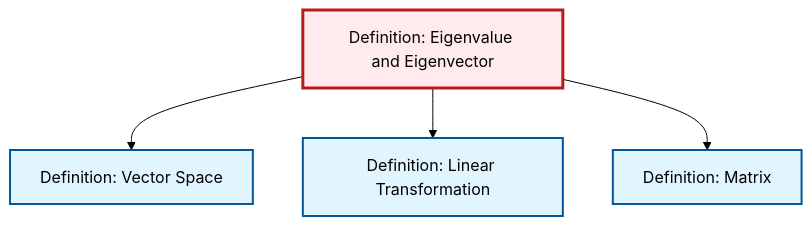
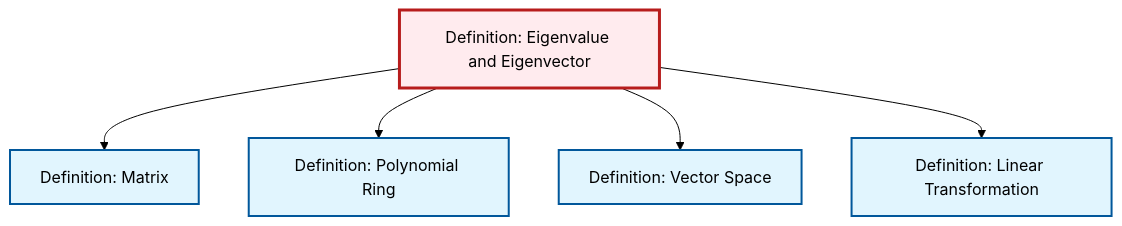
Before and after one commit to RK0429/ModernMath: the diagram in content/en/algebra/def-eigenvalue-eigenvector.qmd, drawn with Mermaid (forest theme). The commit also changed other lines of this file and 434 other files, not shown here.

First line of the commit message:
feat: Add polynomial ring definition with comprehensive cross-references

````diff
--- a/content/en/algebra/def-eigenvalue-eigenvector.qmd
+++ b/content/en/algebra/def-eigenvalue-eigenvector.qmd
@@ -72,20 +73,23 @@
 ```{mermaid}
 %%| fig-cap: "Local dependency graph"
 graph TD
     classDef definition fill:#e1f5fe,stroke:#01579b,stroke-width:2px
     classDef theorem fill:#f3e5f5,stroke:#4a148c,stroke-width:2px
     classDef axiom fill:#fff3e0,stroke:#e65100,stroke-width:2px
     classDef example fill:#e8f5e9,stroke:#1b5e20,stroke-width:2px
     classDef current fill:#ffebee,stroke:#b71c1c,stroke-width:3px
-    def-vector-space["Definition: Vector Space"]:::definition
     def-linear-transformation["Definition: Linear Transformation"]:::definition
     def-eigenvalue-eigenvector["Definition: Eigenvalue and Eigenvector"]:::definition
+    def-polynomial-ring["Definition: Polynomial Ring"]:::definition
+    def-vector-space["Definition: Vector Space"]:::definition
     def-matrix["Definition: Matrix"]:::definition
+    def-eigenvalue-eigenvector --> def-matrix
+    def-eigenvalue-eigenvector --> def-polynomial-ring
     def-eigenvalue-eigenvector --> def-vector-space
     def-eigenvalue-eigenvector --> def-linear-transformation
-    def-eigenvalue-eigenvector --> def-matrix
     class def-eigenvalue-eigenvector current
+    click def-linear-transformation "def-linear-transformation.html" "Go to Linear Transformation definition"
+    click def-polynomial-ring "def-polynomial-ring.html" "Go to Polynomial Ring definition"
     click def-vector-space "def-vector-space.html" "Go to Vector Space definition"
-    click def-linear-transformation "def-linear-transformation.html" "Go to Linear Transformation definition"
     click def-matrix "def-matrix.html" "Go to Matrix definition"
 ```
````
